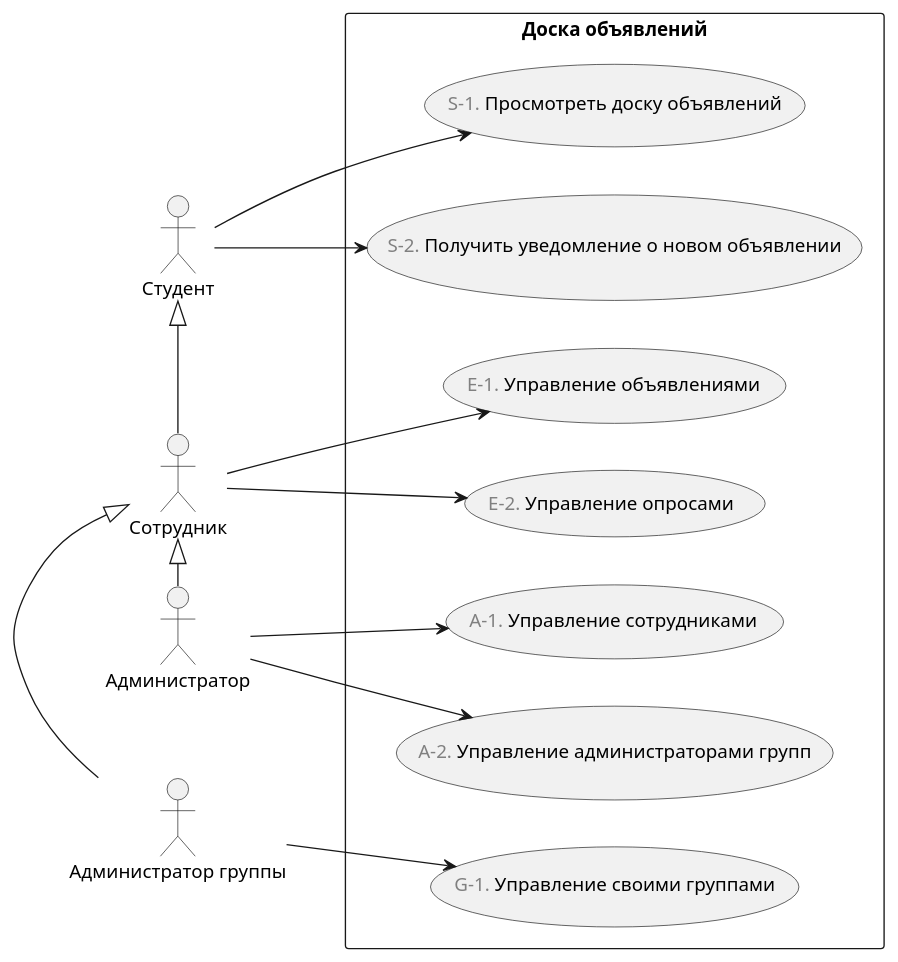
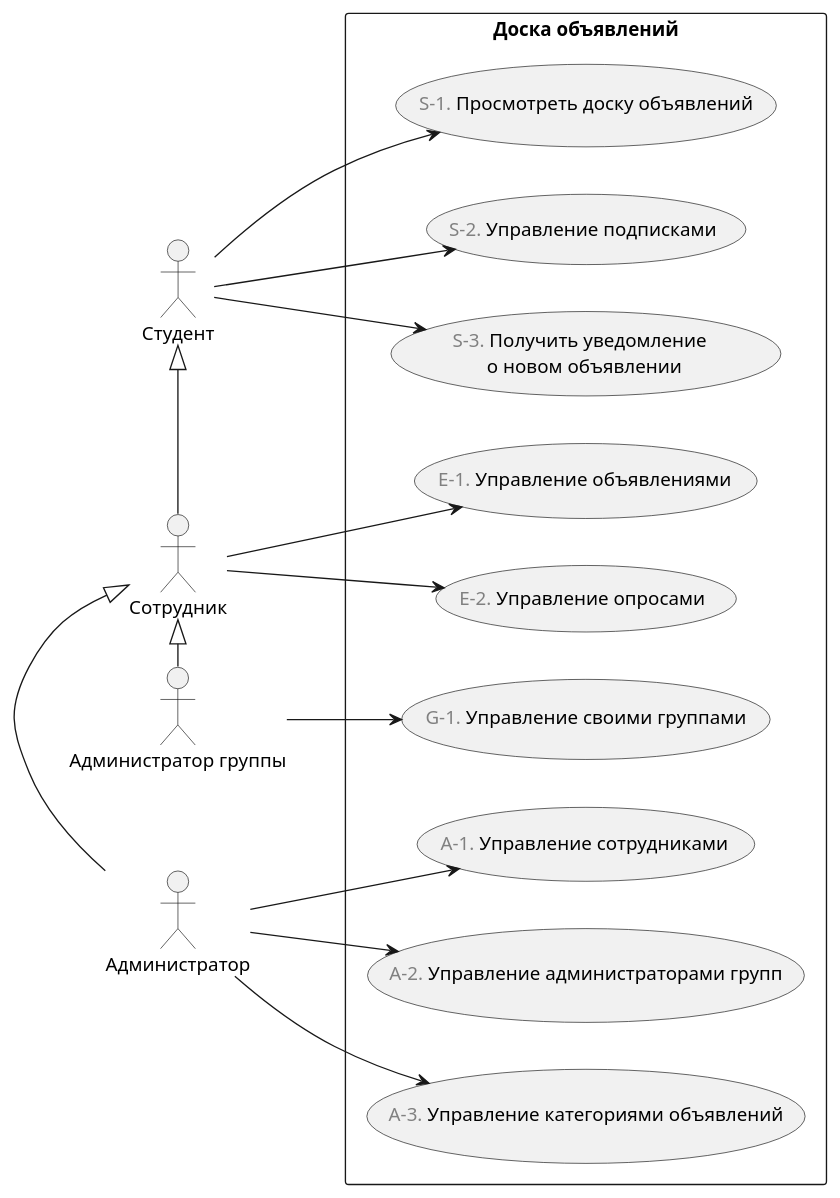
Before and after one commit to astu-app/ASTU-Bulletin-Board-Server: the diagram in doc/Диаграммы/use case/main.puml, drawn with PlantUML. The commit also changed 25 other files, not shown here.

```diff
--- a/doc/Диаграммы/use case/main.puml
+++ b/doc/Диаграммы/use case/main.puml
@@ -1,29 +1,30 @@
 @startuml
 'https://plantuml.com/use-case-diagram 
 
 left to right direction
 
 :Студент: as student
 :Сотрудник: as employee
 :Администратор группы: as groupAdmin
 :Администратор: as admin
 
 rectangle "Доска объявлений" {
-    student --> (<font color="gray">S-2.</font> Получить уведомление о новом объявлении)
     student --> (<font color="gray">S-1.</font> Просмотреть доску объявлений)
+    student --> (<font color="gray">S-2.</font> Управление подписками)
+    student --> (<font color="gray">S-3.</font> Получить уведомление \n о новом объявлении)
     
     student <|-r- employee
     employee --> (<font color="gray">E-2.</font> Управление опросами)
     employee --> (<font color="gray">E-1.</font> Управление объявлениями)
     
+    employee <|-r- admin
+    admin --> (<font color="gray">A-3.</font> Управление категориями объявлений)
+    admin --> (<font color="gray">A-1.</font> Управление сотрудниками)
+    admin --> (<font color="gray">A-2.</font> Управление администраторами групп) 
+    
     employee <|-r- groupAdmin
     groupAdmin --> (<font color="gray">G-1.</font> Управление своими группами)
     
-    employee <|-r- admin
-    admin --> (<font color="gray">A-2.</font> Управление администраторами групп) 
-    admin --> (<font color="gray">A-1.</font> Управление сотрудниками)
 }
 
-
-
 @enduml
```
